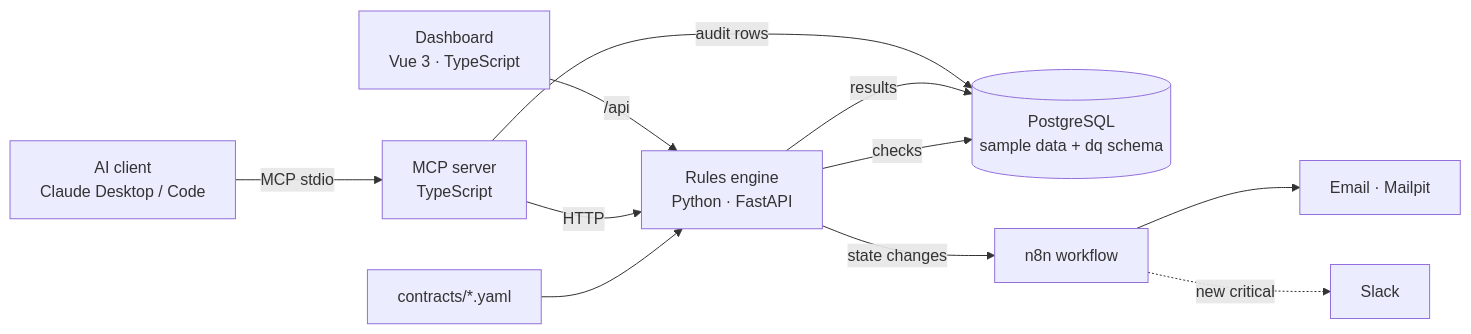
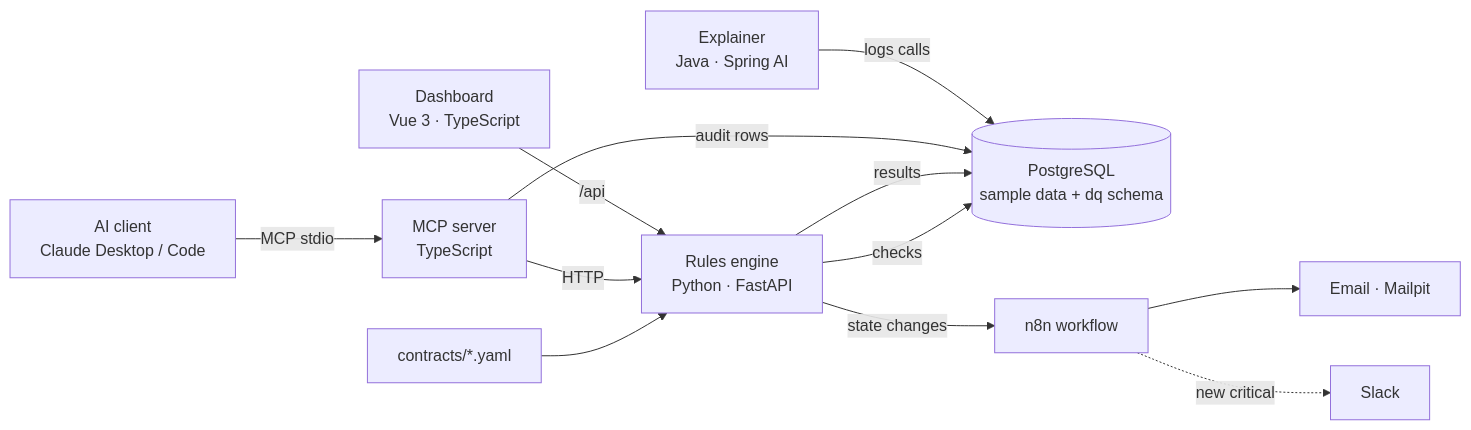
One commit to najeemmd111-cpu/dataguard changed the diagram in README.md. Above: the diagram before and after it, drawn with Mermaid. The commit also changed other lines of this file and 21 other files, not shown here.

Commit message:
Phase 4b: Spring AI explainer service

````diff
--- a/README.md
+++ b/README.md
@@ -16,13 +16,14 @@
 ```mermaid
 flowchart LR
   C[contracts/*.yaml] --> E[Rules engine<br/>Python · FastAPI]
   E -- checks --> PG[(PostgreSQL<br/>sample data + dq schema)]
   E -- results --> PG
   M[MCP server<br/>TypeScript] -- HTTP --> E
   M -- audit rows --> PG
   A[AI client<br/>Claude Desktop / Code] -- MCP stdio --> M
   D[Dashboard<br/>Vue 3 · TypeScript] -- /api --> E
+  X[Explainer<br/>Java · Spring AI] -- logs calls --> PG
   E -- state changes --> N[n8n workflow]
   N --> MP[Email · Mailpit]
   N -. new critical .-> SL[Slack]
 ```
````
